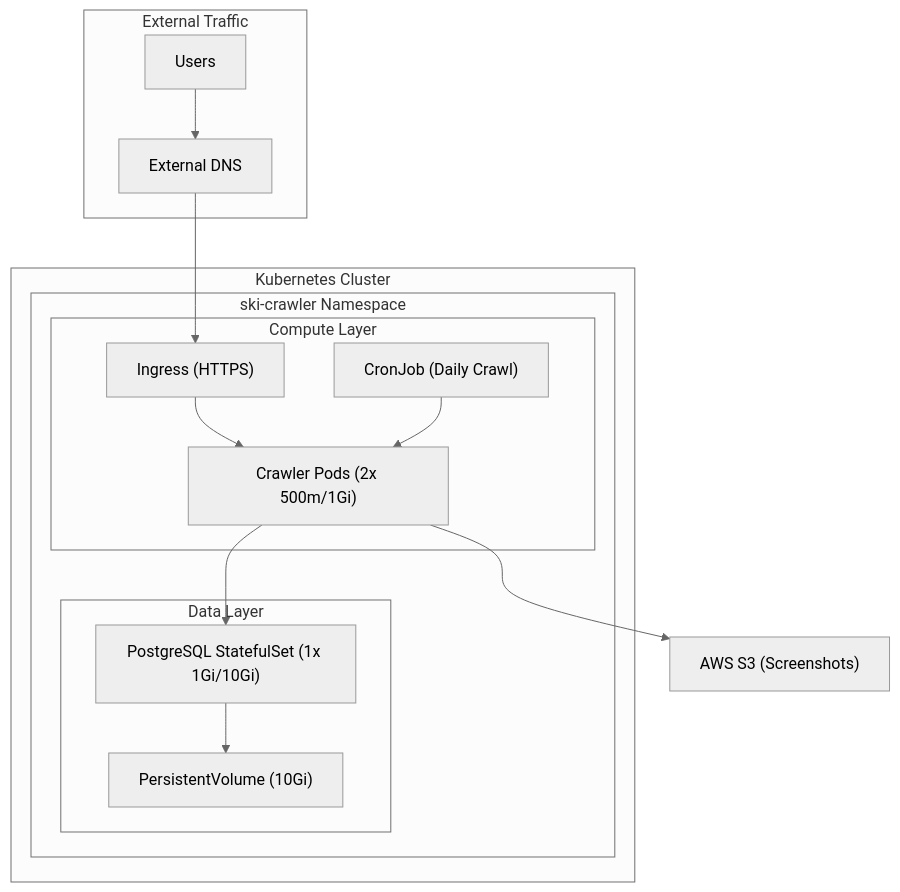
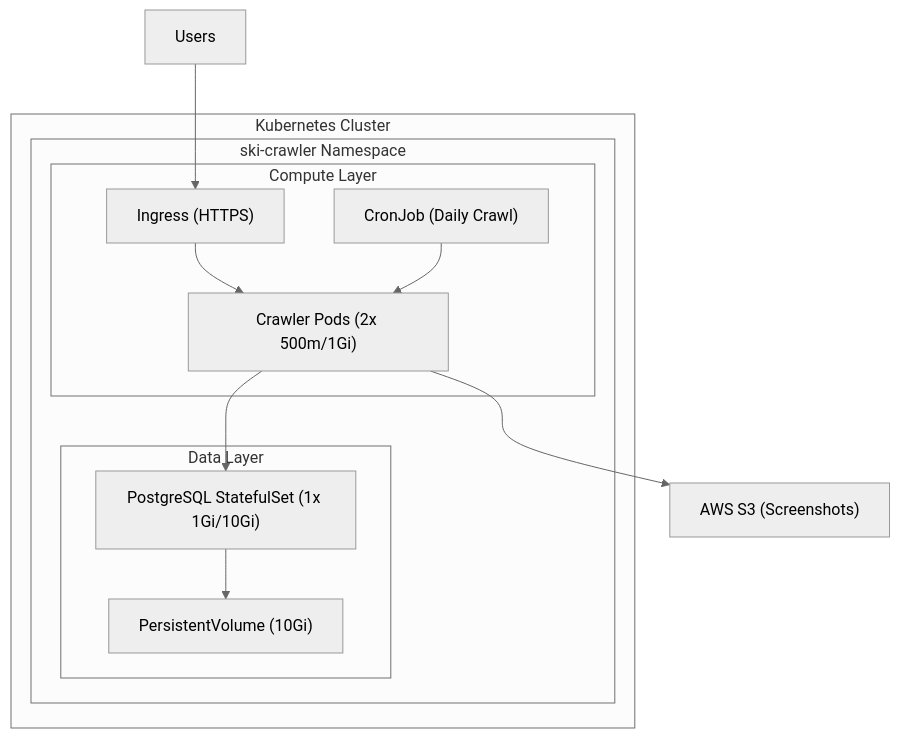
Before and after one commit to yungjakey/ski-crawler: the diagram in k8s.md, drawn with Mermaid (neutral theme).

````diff
--- a/k8s.md
+++ b/k8s.md
@@ -3,32 +3,26 @@
 ```mermaid
 flowchart TB
-
-    subgraph "External Traffic"
-        DNS["External DNS"]
-        Users["Users"]
-    end
 
     subgraph "Kubernetes Cluster"
         subgraph "ski-crawler Namespace"
             subgraph "Compute Layer"
                 ING["Ingress (HTTPS)"]
                 POD["Crawler Pods (2x 500m/1Gi)"]
                 CJ["CronJob (Daily Crawl)"]
             end
 
             subgraph "Data Layer"
                 PG["PostgreSQL StatefulSet (1x 1Gi/10Gi)"]
                 PVC["PersistentVolume (10Gi)"]
             end
         end
     end
 
 
-    Users --> DNS
-    DNS --> ING
+    Users --> ING
     ING --> POD
     CJ --> POD
     POD --> PG
     POD --> S3["AWS S3 (Screenshots)"]
     PG --> PVC
 ```
````
